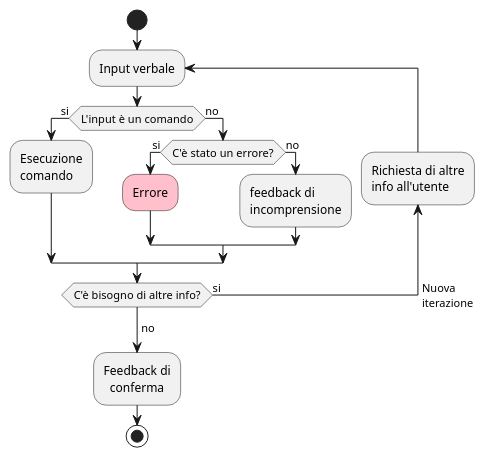
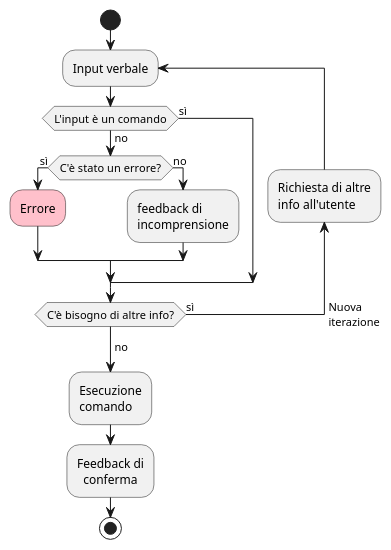
One commit to Andribi/AmbrogioDiagrams changed the diagram in A4.puml. Above: the diagram before and after it, drawn with PlantUML. The commit also changed 2 other files, not shown here.

```diff
--- a/A4.puml
+++ b/A4.puml
@@ -1,24 +1,25 @@
 @startuml
 'Requisito
 '2.2 Riconoscimento dei comandi
 '3.1 e 3.2 Gestione degli input/output
 skinparam ConditionEndStyle hline
 
 start
 
 repeat :Input verbale;
-  if (L'input è un comando) then (si)
-    :Esecuzione\ncomando;
+  if (L'input è un comando) then (sì)
+
   else (no)
-      if (C'è stato un errore?) then (si)
+      if (C'è stato un errore?) then (sì)
         #pink:Errore;
       else (no)
         :feedback di\nincomprensione;
         endif
   endif
 backward:Richiesta di altre\ninfo all'utente;
-repeat while (C'è bisogno di altre info?) is (si) -> Nuova\niterazione
+repeat while (C'è bisogno di altre info?) is (sì) -> Nuova\niterazione
 ->no;
+:Esecuzione\ncomando;
 :Feedback di\n  conferma;
 stop
 @enduml
```
